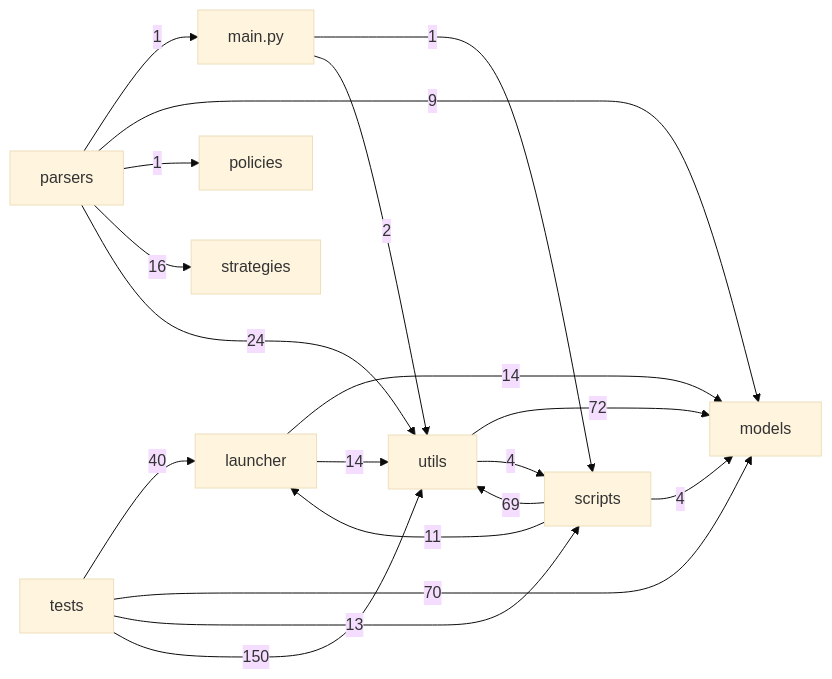
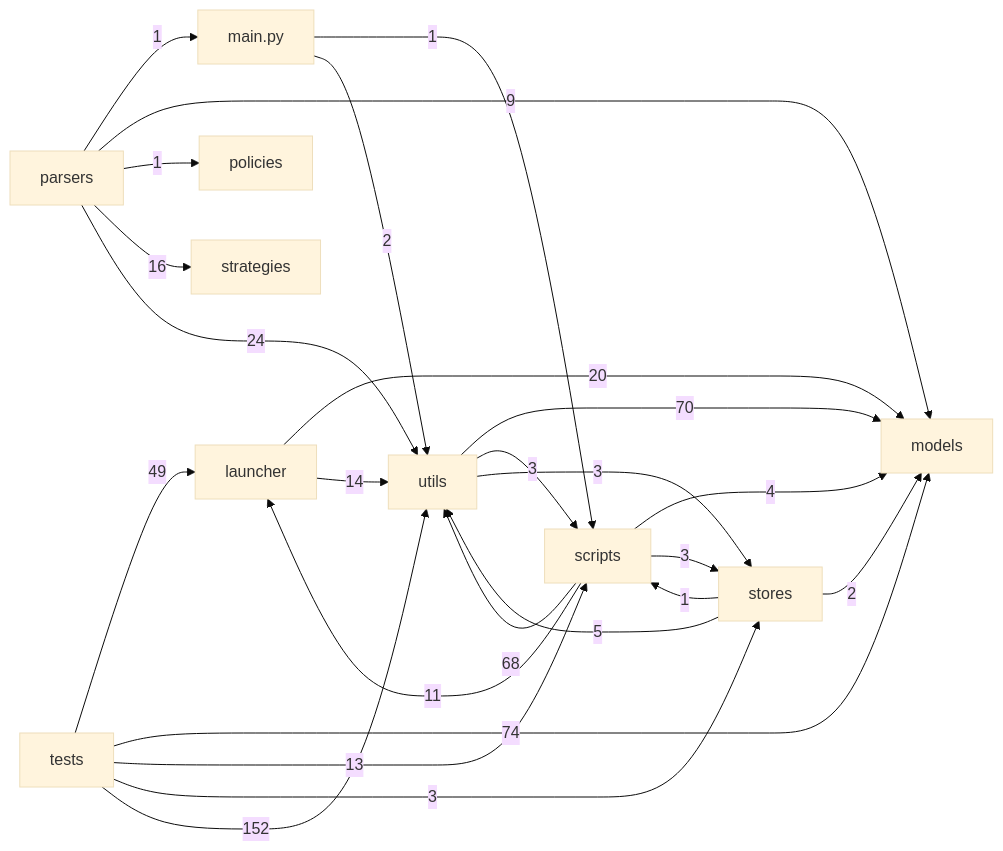
The sixth of 6 diagrams in docs/PROJECT_FILE_FLOW_MAP.md (Lyti4/ParserRIba), drawn with Mermaid (base theme) before and after one commit. The commit also changed other lines of this file and 19 other files, not shown here.

````diff
--- a/docs/PROJECT_FILE_FLOW_MAP.md
+++ b/docs/PROJECT_FILE_FLOW_MAP.md
@@ -596,21 +618,27 @@
 ```mermaid
 flowchart LR
-  n_launcher[launcher] -->|14| n_models[models]
+  n_launcher[launcher] -->|20| n_models[models]
   n_launcher[launcher] -->|14| n_utils[utils]
   n_main_py[main.py] -->|1| n_scripts[scripts]
   n_main_py[main.py] -->|2| n_utils[utils]
   n_parsers[parsers] -->|1| n_main_py[main.py]
   n_parsers[parsers] -->|9| n_models[models]
   n_parsers[parsers] -->|1| n_policies[policies]
   n_parsers[parsers] -->|16| n_strategies[strategies]
   n_parsers[parsers] -->|24| n_utils[utils]
   n_scripts[scripts] -->|11| n_launcher[launcher]
   n_scripts[scripts] -->|4| n_models[models]
-  n_scripts[scripts] -->|69| n_utils[utils]
-  n_tests[tests] -->|40| n_launcher[launcher]
-  n_tests[tests] -->|70| n_models[models]
+  n_scripts[scripts] -->|3| n_stores[stores]
+  n_scripts[scripts] -->|68| n_utils[utils]
+  n_stores[stores] -->|2| n_models[models]
+  n_stores[stores] -->|1| n_scripts[scripts]
+  n_stores[stores] -->|5| n_utils[utils]
+  n_tests[tests] -->|49| n_launcher[launcher]
+  n_tests[tests] -->|74| n_models[models]
   n_tests[tests] -->|13| n_scripts[scripts]
-  n_tests[tests] -->|150| n_utils[utils]
-  n_utils[utils] -->|72| n_models[models]
-  n_utils[utils] -->|4| n_scripts[scripts]
+  n_tests[tests] -->|3| n_stores[stores]
+  n_tests[tests] -->|152| n_utils[utils]
+  n_utils[utils] -->|70| n_models[models]
+  n_utils[utils] -->|3| n_scripts[scripts]
+  n_utils[utils] -->|3| n_stores[stores]
 ```
````
